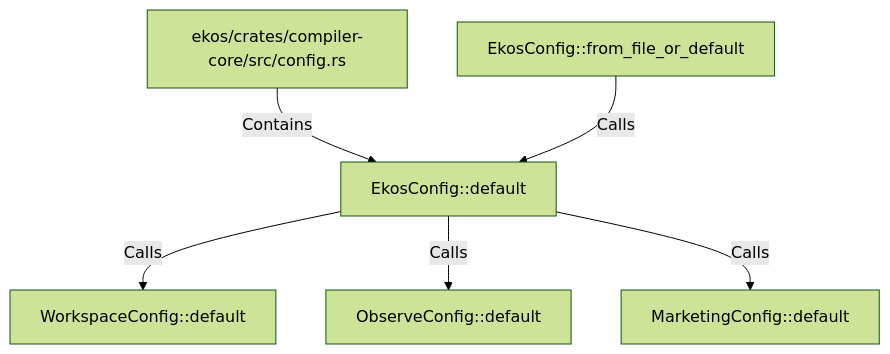
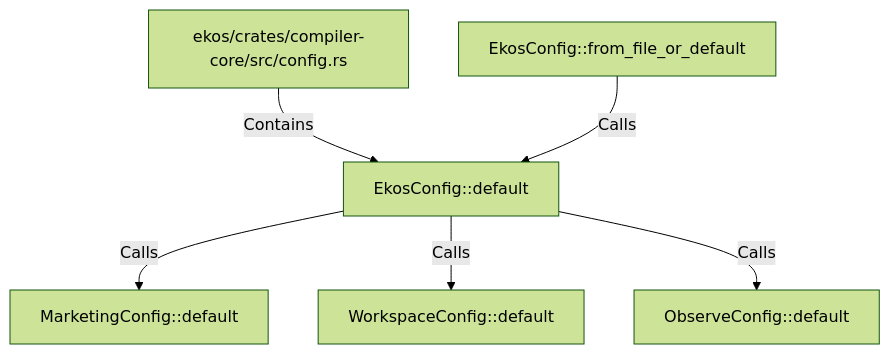
The diagram in doc/entities/rustsymbol/ek/ekosconfig-default.md (alexeyban/EKOS), drawn with Mermaid (forest theme) before and after one commit. The commit also changed other lines of this file and 552 other files, not shown here.

````diff
--- a/doc/entities/rustsymbol/ek/ekosconfig-default.md
+++ b/doc/entities/rustsymbol/ek/ekosconfig-default.md
@@ -24,14 +24,14 @@
 ```mermaid
 graph TD
     n96f3be9497615db0b99a0c705c9c55d0["EkosConfig::default"]
     nd0747f3425e1542680eba54fffcac598["ekos/crates/compiler-core/src/config.rs"]
     nd0747f3425e1542680eba54fffcac598 -->|Contains| n96f3be9497615db0b99a0c705c9c55d0
+    n3fa1fe515c40500ea4afe9b3dfeb907f["MarketingConfig::default"]
+    n96f3be9497615db0b99a0c705c9c55d0 -->|Calls| n3fa1fe515c40500ea4afe9b3dfeb907f
     n86487b2d47d65105807b404b12767a95["WorkspaceConfig::default"]
     n96f3be9497615db0b99a0c705c9c55d0 -->|Calls| n86487b2d47d65105807b404b12767a95
     ndb53c97e788e587ba5d4fbff7497f34e["ObserveConfig::default"]
     n96f3be9497615db0b99a0c705c9c55d0 -->|Calls| ndb53c97e788e587ba5d4fbff7497f34e
-    n3fa1fe515c40500ea4afe9b3dfeb907f["MarketingConfig::default"]
-    n96f3be9497615db0b99a0c705c9c55d0 -->|Calls| n3fa1fe515c40500ea4afe9b3dfeb907f
     n5c036ac3203e5c5988f2d79a35ccf921["EkosConfig::from_file_or_default"]
     n5c036ac3203e5c5988f2d79a35ccf921 -->|Calls| n96f3be9497615db0b99a0c705c9c55d0
 ```
````
